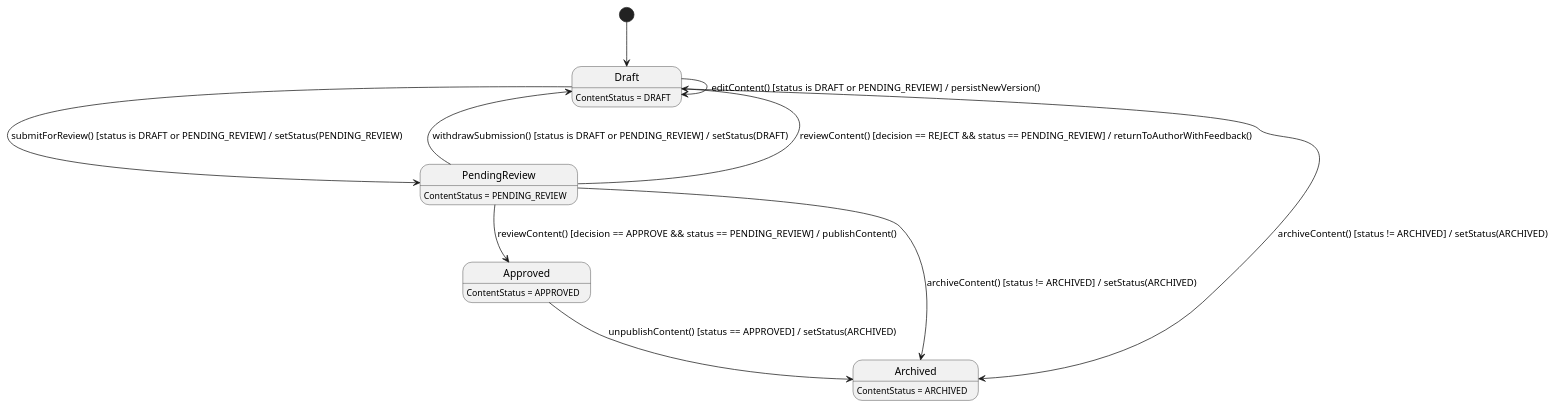
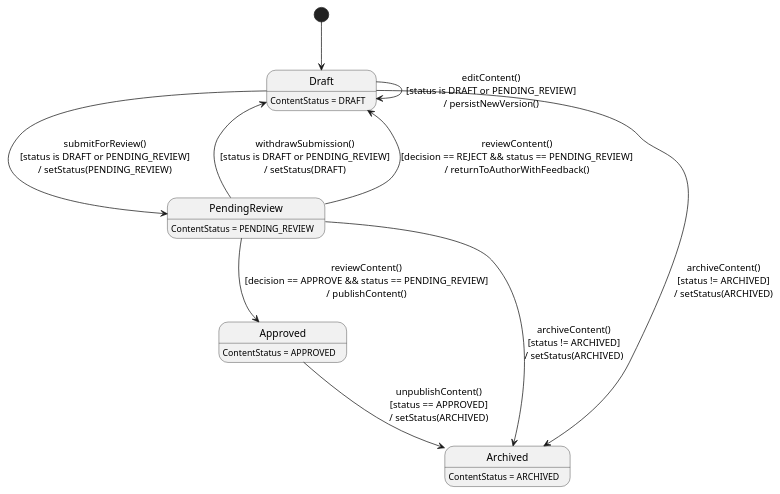
The third of 3 diagrams in 03_Design/Detailed_Design/MF09_Content_Hub/02_Content_Authoring_Review_Publishing_and_Archive.md (ChuongBDHE172784/CareBridge_SEP490_G79), drawn with PlantUML before and after one commit. The commit also changed other lines of this file and 61 other files, not shown here.

Commit message:
docs: update detailed design documentation and state chart diagrams across all feature modules

````diff
--- a/03_Design/Detailed_Design/MF09_Content_Hub/02_Content_Authoring_Review_Publishing_and_Archive.md
+++ b/03_Design/Detailed_Design/MF09_Content_Hub/02_Content_Authoring_Review_Publishing_and_Archive.md
@@ -261,20 +264,20 @@
 ```plantuml
 @startuml StateChartDiagram_02ContentAuthoringReviewPublishingandArchive
 hide empty description
 [*] --> Draft
 
-Draft --> PendingReview : submitForReview() [status is DRAFT or PENDING_REVIEW] / setStatus(PENDING_REVIEW)
-PendingReview --> Draft : withdrawSubmission() [status is DRAFT or PENDING_REVIEW] / setStatus(DRAFT)
-PendingReview --> Approved : reviewContent() [decision == APPROVE && status == PENDING_REVIEW] / publishContent()
-PendingReview --> Draft : reviewContent() [decision == REJECT && status == PENDING_REVIEW] / returnToAuthorWithFeedback()
-Approved --> Archived : unpublishContent() [status == APPROVED] / setStatus(ARCHIVED)
-Draft --> Archived : archiveContent() [status != ARCHIVED] / setStatus(ARCHIVED)
-PendingReview --> Archived : archiveContent() [status != ARCHIVED] / setStatus(ARCHIVED)
-Draft --> Draft : editContent() [status is DRAFT or PENDING_REVIEW] / persistNewVersion()
+Draft --> PendingReview : submitForReview()\n[status is DRAFT or PENDING_REVIEW]\n/ setStatus(PENDING_REVIEW)
+PendingReview --> Draft : withdrawSubmission()\n[status is DRAFT or PENDING_REVIEW]\n/ setStatus(DRAFT)
+PendingReview --> Approved : reviewContent()\n[decision == APPROVE && status == PENDING_REVIEW]\n/ publishContent()
+PendingReview --> Draft : reviewContent()\n[decision == REJECT && status == PENDING_REVIEW]\n/ returnToAuthorWithFeedback()
+Approved --> Archived : unpublishContent()\n[status == APPROVED]\n/ setStatus(ARCHIVED)
+Draft --> Archived : archiveContent()\n[status != ARCHIVED]\n/ setStatus(ARCHIVED)
+PendingReview --> Archived : archiveContent()\n[status != ARCHIVED]\n/ setStatus(ARCHIVED)
+Draft --> Draft : editContent()\n[status is DRAFT or PENDING_REVIEW]\n/ persistNewVersion()
 
 Draft : ContentStatus = DRAFT
 PendingReview : ContentStatus = PENDING_REVIEW
 Approved : ContentStatus = APPROVED
 Archived : ContentStatus = ARCHIVED
 @enduml
 ```
````
